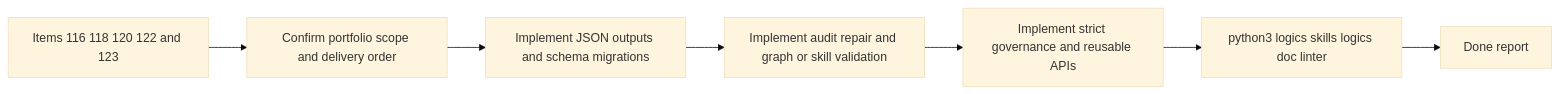
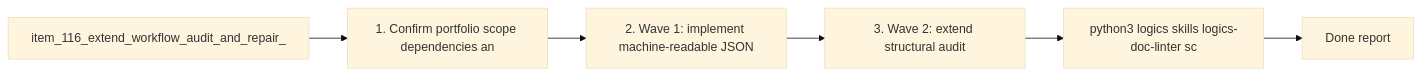
One commit to AlexAgo83/logics-manager changed the diagram in logics/tasks/task_095_orchestration_delivery_for_req_083_kit_governance_migration_and_machine_readable_tooling_primitives.md. Above: the diagram before and after it, drawn with Mermaid (base theme). The commit also changed other lines of this file and 481 other files, not shown here.

Commit message:
Normalize Logics docs and workflow indicators

````diff
--- a/logics/tasks/task_095_orchestration_delivery_for_req_083_kit_governance_migration_and_machine_readable_tooling_primitives.md
+++ b/logics/tasks/task_095_orchestration_delivery_for_req_083_kit_governance_migration_and_machine_readable_tooling_primitives.md
@@ -36,11 +36,10 @@
 ```mermaid
 %% logics-kind: task
 %% logics-signature: task|orchestration-delivery-for-req-083-kit-g|item-116-extend-workflow-audit-and-repai|1-confirm-portfolio-scope-dependencies-a|python3-logics-skills-logics-doc-linter-
 flowchart LR
-    Backlog[Items 116 118 120 122 and 123] --> Step1[Confirm portfolio scope and delivery order]
-    Step1 --> Step2[Implement JSON outputs and schema migrations]
-    Step2 --> Step3[Implement audit repair and graph or skill validation]
-    Step3 --> Step4[Implement strict governance and reusable APIs]
-    Step4 --> Validation[python3 logics skills logics doc linter]
+    Backlog[item_116_extend_workflow_audit_and_repair_] --> Step1[1. Confirm portfolio scope dependencies an]
+    Step1 --> Step2[2. Wave 1: implement machine-readable JSON]
+    Step2 --> Step3[3. Wave 2: extend structural audit]
+    Step3 --> Validation[python3 logics skills logics-doc-linter sc]
     Validation --> Report[Done report]
 ```
````
